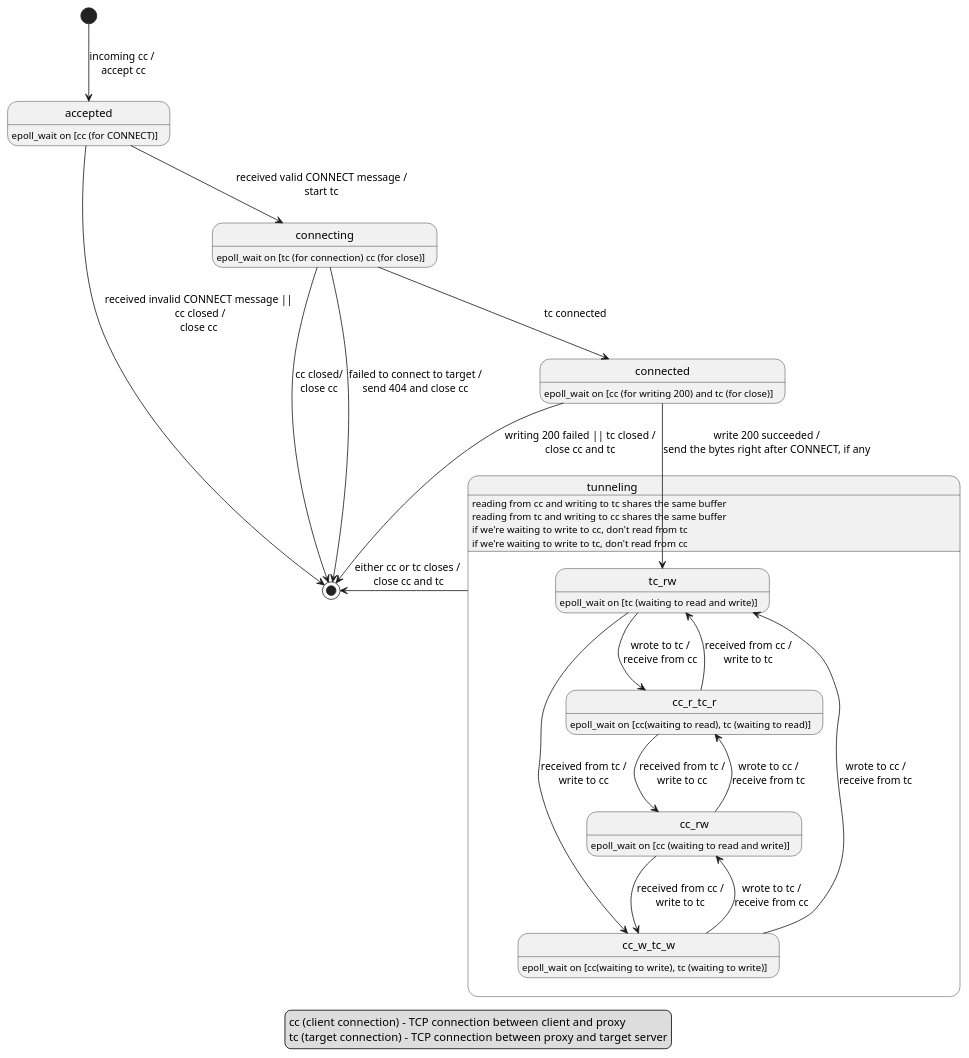
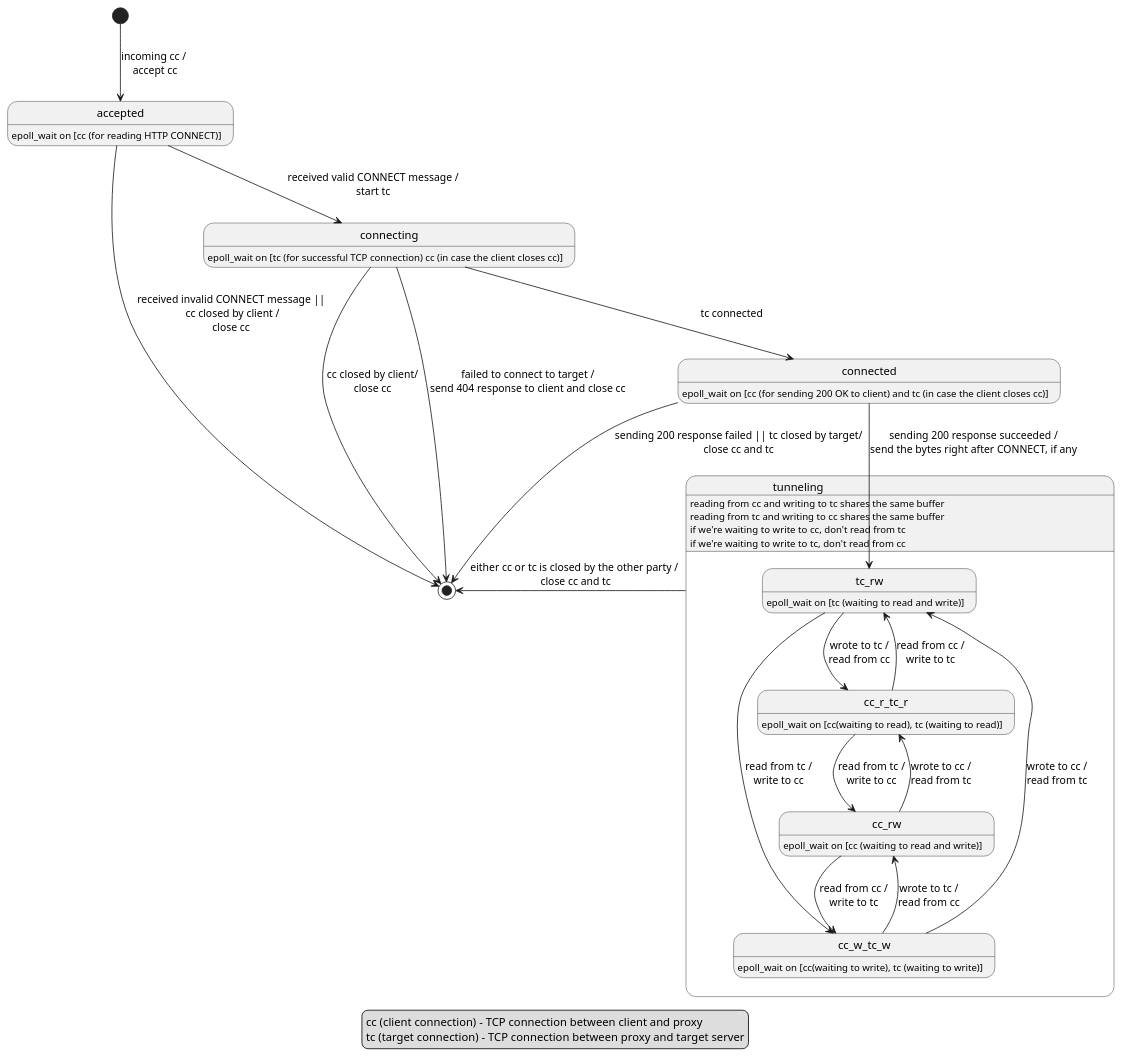
One commit to gary-lgy/https-proxy changed the diagram in docs/state-transition-diagram.puml. Above: the diagram before and after it, drawn with PlantUML. The commit also changed 1 other file, not shown here.

Commit message:
Update epoll state transition diagram

```diff
--- a/docs/state-transition-diagram.puml
+++ b/docs/state-transition-diagram.puml
@@ -1,55 +1,55 @@
 @startuml
 
 legend
 cc (client connection) - TCP connection between client and proxy
 tc (target connection) - TCP connection between proxy and target server
 end legend
 
 [*] --> accepted : incoming cc /\n accept cc
 
-accepted : epoll_wait on [cc (for CONNECT)]
+accepted : epoll_wait on [cc (for reading HTTP CONNECT)]
 
 accepted --> connecting : received valid CONNECT message /\nstart tc
-accepted --> [*] : received invalid CONNECT message ||\n cc closed /\nclose cc
+accepted --> [*] : received invalid CONNECT message ||\n cc closed by client /\nclose cc
 
-connecting : epoll_wait on [tc (for connection) cc (for close)]
+connecting : epoll_wait on [tc (for successful TCP connection) cc (in case the client closes cc)]
 
-connecting --> [*] : cc closed/\nclose cc
-connecting --> [*] : failed to connect to target /\nsend 404 and close cc
+connecting --> [*] : cc closed by client/\nclose cc
+connecting --> [*] : failed to connect to target /\nsend 404 response to client and close cc
 
 connecting --> connected : tc connected
 
-connected : epoll_wait on [cc (for writing 200) and tc (for close)]
+connected : epoll_wait on [cc (for sending 200 OK to client) and tc (in case the client closes cc)]
 
-connected --> [*] : writing 200 failed || tc closed /\nclose cc and tc
+connected --> [*] : sending 200 response failed || tc closed by target/\nclose cc and tc
 
 state tunneling {
 
     tunneling : reading from cc and writing to tc shares the same buffer
     tunneling : reading from tc and writing to cc shares the same buffer
     tunneling : if we're waiting to write to cc, don't read from tc
     tunneling : if we're waiting to write to tc, don't read from cc
 
     tc_rw : epoll_wait on [tc (waiting to read and write)]
     cc_r_tc_r : epoll_wait on [cc(waiting to read), tc (waiting to read)]
     cc_w_tc_w : epoll_wait on [cc(waiting to write), tc (waiting to write)]
     cc_rw : epoll_wait on [cc (waiting to read and write)]
 
-    tc_rw --> cc_r_tc_r : wrote to tc /\nreceive from cc
-    tc_rw --> cc_w_tc_w : received from tc /\nwrite to cc
+    tc_rw --> cc_r_tc_r : wrote to tc /\nread from cc
+    tc_rw --> cc_w_tc_w : read from tc /\nwrite to cc
 
-    cc_r_tc_r --> tc_rw : received from cc /\nwrite to tc
-    cc_r_tc_r --> cc_rw : received from tc /\nwrite to cc
+    cc_r_tc_r --> tc_rw : read from cc /\nwrite to tc
+    cc_r_tc_r --> cc_rw : read from tc /\nwrite to cc
 
-    cc_w_tc_w --> tc_rw : wrote to cc /\nreceive from tc
-    cc_w_tc_w --> cc_rw : wrote to tc /\nreceive from cc
+    cc_w_tc_w --> tc_rw : wrote to cc /\nread from tc
+    cc_w_tc_w --> cc_rw : wrote to tc /\nread from cc
 
-    cc_rw --> cc_r_tc_r: wrote to cc /\nreceive from tc
-    cc_rw --> cc_w_tc_w: received from cc /\nwrite to tc
+    cc_rw --> cc_r_tc_r: wrote to cc /\nread from tc
+    cc_rw --> cc_w_tc_w: read from cc /\nwrite to tc
 }
 
-connected --> tc_rw : write 200 succeeded /\nsend the bytes right after CONNECT, if any
+connected --> tc_rw : sending 200 response succeeded /\nsend the bytes right after CONNECT, if any
 
-tunneling -> [*] : either cc or tc closes /\n close cc and tc
+tunneling -> [*] : either cc or tc is closed by the other party /\n close cc and tc
 
 @enduml
```
